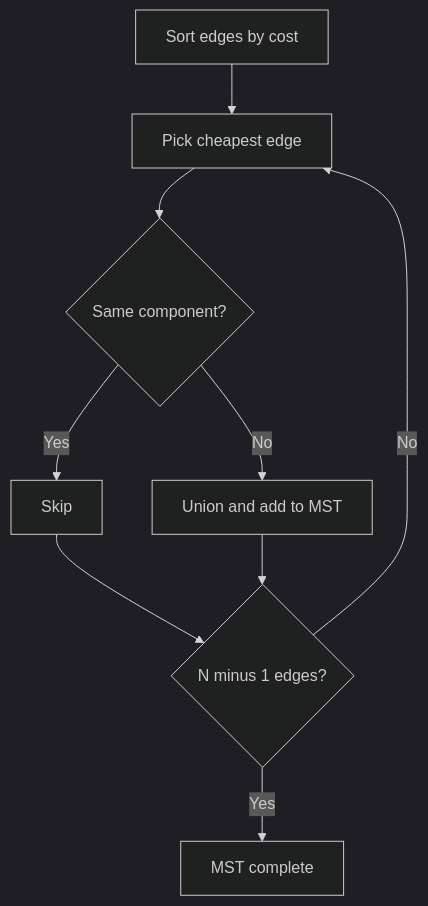
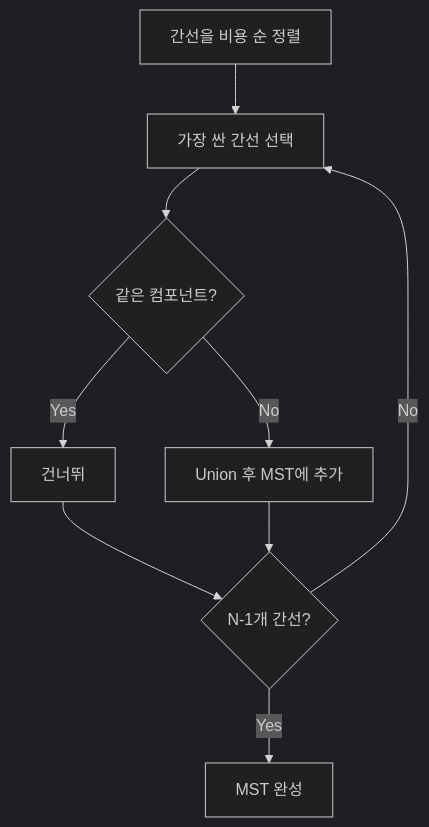
One commit to mandoobox/mandoobox.github.io changed the second of 2 diagrams in _posts/algorithm/2026-03-07-union-find.md. Above: the diagram before and after it, drawn with Mermaid (dark theme). The commit also changed other lines of this file and 24 other files, not shown here.

Commit message:
feat: mermaid kr

````diff
--- a/_posts/algorithm/2026-03-07-union-find.md
+++ b/_posts/algorithm/2026-03-07-union-find.md
@@ -418,11 +418,11 @@
 ```mermaid
 flowchart TD
-    A["Sort edges by cost"] --> B["Pick cheapest edge"]
-    B --> C{"Same component?"}
-    C -->|Yes| D["Skip"]
-    C -->|No| E["Union and add to MST"]
-    D --> F{"N minus 1 edges?"}
+    A["간선을 비용 순 정렬"] --> B["가장 싼 간선 선택"]
+    B --> C{"같은 컴포넌트?"}
+    C -->|Yes| D["건너뛰"]
+    C -->|No| E["Union 후 MST에 추가"]
+    D --> F{"N-1개 간선?"}
     E --> F
     F -->|No| B
-    F -->|Yes| G["MST complete"]
+    F -->|Yes| G["MST 완성"]
 ```
````
